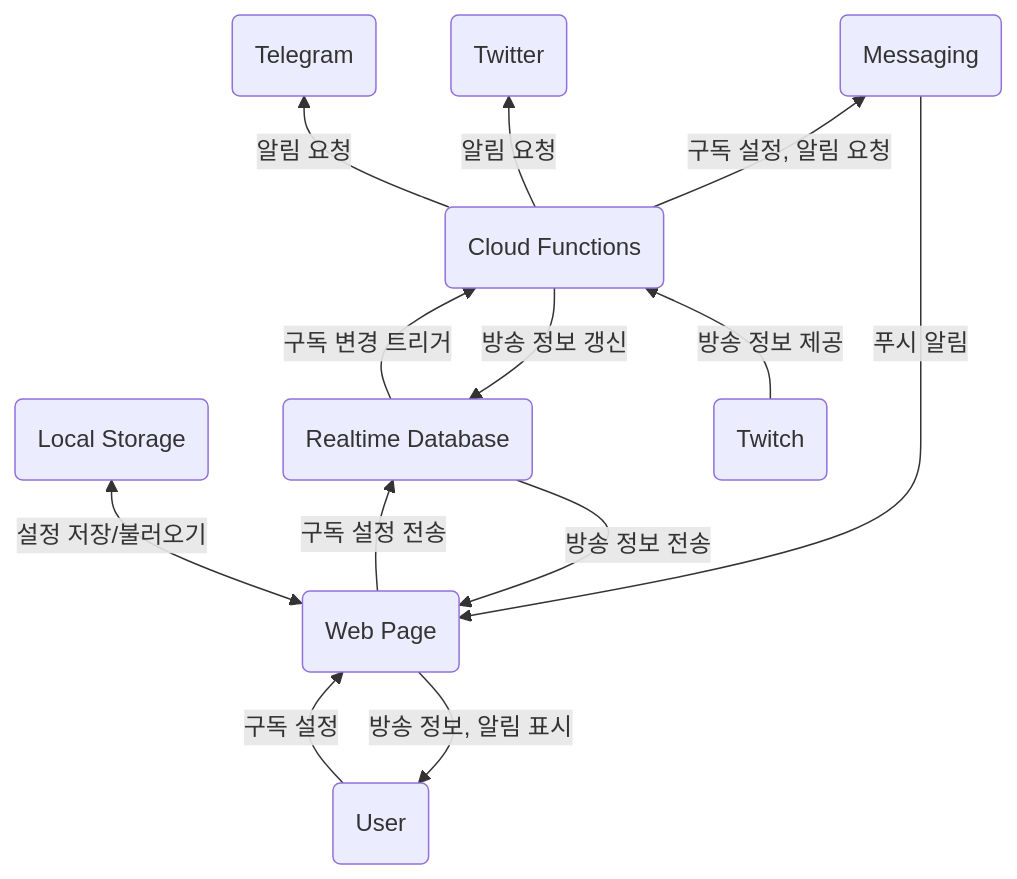
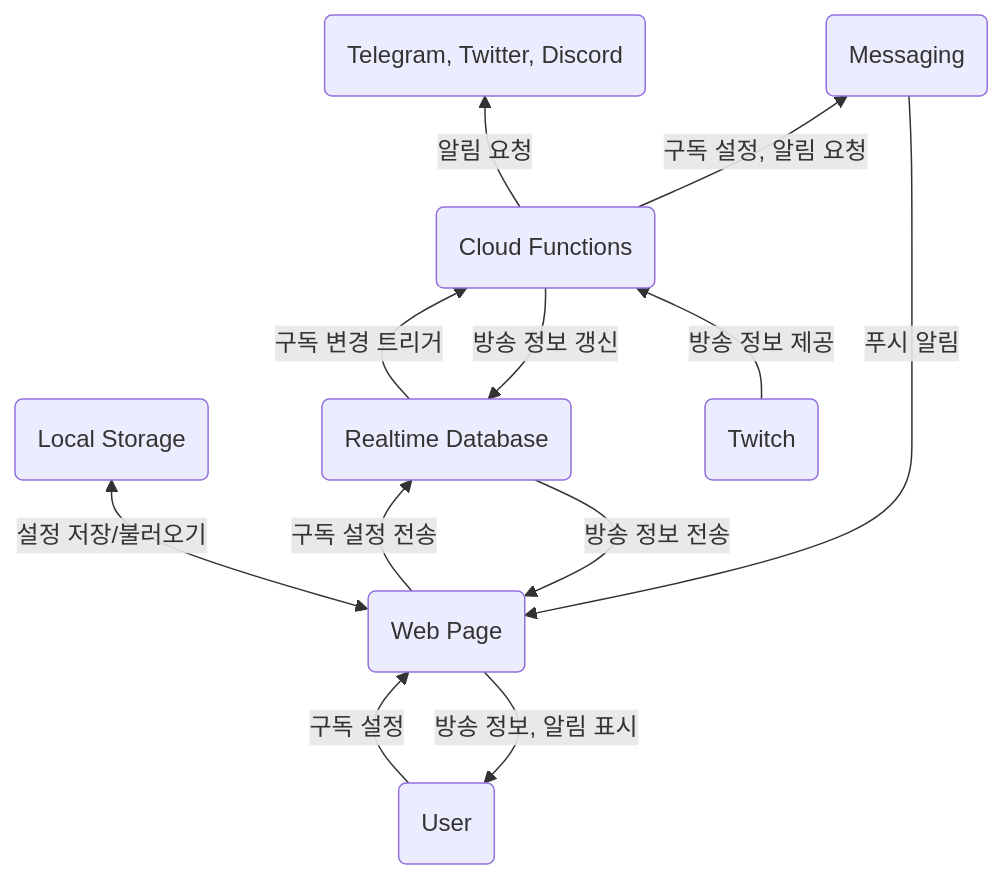
The diagram in README.md (NeuroWhAI/isekaidol-stream-noti), drawn with Mermaid before and after one commit. The commit also changed other lines of this file and 1 other file, not shown here.

````diff
--- a/README.md
+++ b/README.md
@@ -50,20 +57,19 @@
 ```mermaid
 flowchart BT
     U(User) -- 구독 설정 --> P(Web Page)
     P -- 방송 정보, 알림 표시 --> U
     
     P <-- 설정 저장/불러오기 --> S(Local Storage)
     
     P -- 구독 설정 전송 --> DB(Realtime Database)
     DB -- 방송 정보 전송 --> P
 
     DB -- 구독 변경 트리거 --> FN(Cloud Functions)
     FN -- 방송 정보 갱신 --> DB
 
-    FN -- 알림 요청 --> TG(Telegram)
-    FN -- 알림 요청 --> TT(Twitter)
+    FN -- 알림 요청 --> END(Telegram, Twitter, Discord)
     FN -- 구독 설정, 알림 요청 --> M(Messaging)
     TW(Twitch) -- 방송 정보 제공 --> FN
 
     M -- 푸시 알림 --> P
 ```
````
